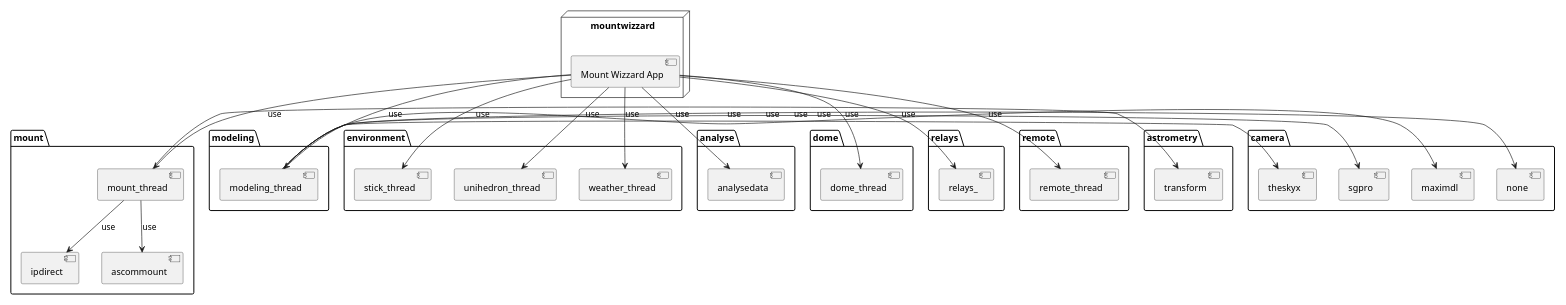
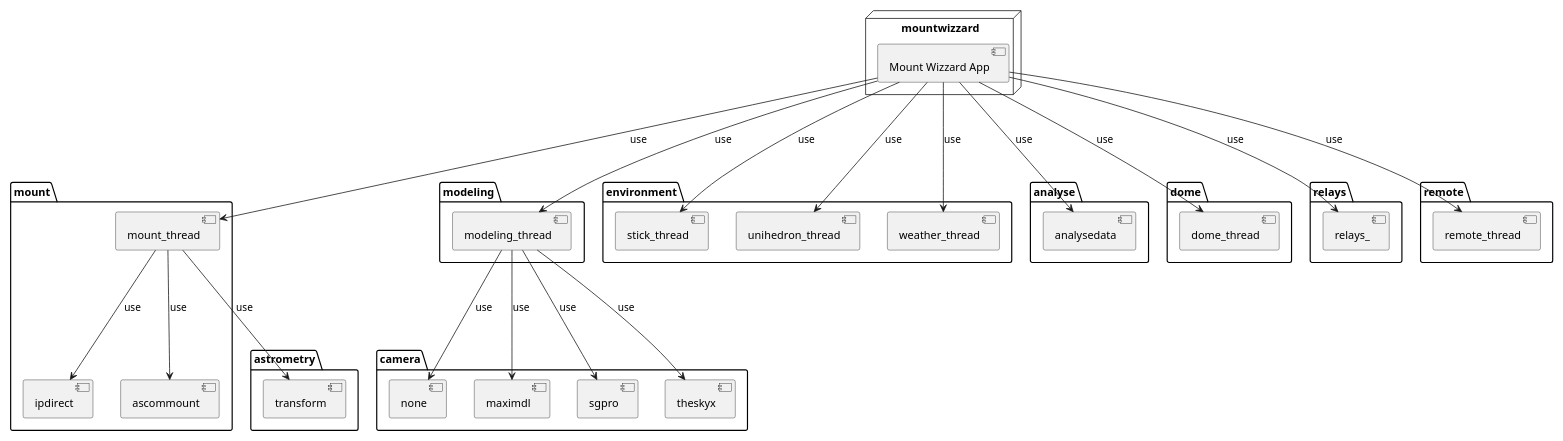
One commit to sayitfast/MountWizzard3 changed the diagram in uml/architecture_func.puml. Above: the diagram before and after it, drawn with PlantUML. The commit also changed 1 other file, not shown here.

Commit message:
update uml charts

```diff
--- a/uml/architecture_func.puml
+++ b/uml/architecture_func.puml
@@ -1,71 +1,71 @@
 @startuml
 
 scale max 1536 width
 hide stereotype
 
 node "mountwizzard" {
     [Mount Wizzard App]
 }
 
 package "mount" {
-    [mount_thread] --> [ipdirect] : use
-    [mount_thread] --> [ascommount] : use
+    [mount_thread] ---> [ipdirect] : use
+    [mount_thread] ---> [ascommount] : use
 }
 
 package "astrometry" {
     [transform]
 }
 
 package "modeling" {
     [modeling_thread]
 }
 
 package "environment" {
     [stick_thread]
     [unihedron_thread]
     [weather_thread]
 }
 
 package "camera" {
     [none]
     [maximdl]
     [sgpro]
     [theskyx]
 }
 
 package "analyse" {
     [analysedata]
 }
 
 package "dome" {
     [dome_thread]
 }
 
 package "relays" {
     [relays_]
 }
 
 package "remote" {
     [remote_thread]
 }
 
-[Mount Wizzard App] --> [mount_thread] : use
-[Mount Wizzard App] --> [stick_thread] : use
-[Mount Wizzard App] --> [weather_thread] : use
-[Mount Wizzard App] --> [unihedron_thread] : use
-[Mount Wizzard App] --> [modeling_thread] : use
-[Mount Wizzard App] --> [remote_thread] : use
-[Mount Wizzard App] --> [dome_thread] : use
-[Mount Wizzard App] --> [relays_] : use
-[Mount Wizzard App] --> [analysedata] : use
+[Mount Wizzard App] ---> [mount_thread] : use
+[Mount Wizzard App] ---> [stick_thread] : use
+[Mount Wizzard App] ---> [weather_thread] : use
+[Mount Wizzard App] ---> [unihedron_thread] : use
+[Mount Wizzard App] ---> [modeling_thread] : use
+[Mount Wizzard App] ---> [remote_thread] : use
+[Mount Wizzard App] ---> [dome_thread] : use
+[Mount Wizzard App] ---> [relays_] : use
+[Mount Wizzard App] ---> [analysedata] : use
 
-[mount_thread] -> [transform]
+[mount_thread] ---> [transform] : use
 
-[modeling_thread] -> [none] : use
-[modeling_thread] -> [maximdl] : use
-[modeling_thread] -> [sgpro] : use
-[modeling_thread] -> [theskyx] : use
+[modeling_thread] ---> [none] : use
+[modeling_thread] ---> [maximdl] : use
+[modeling_thread] ---> [sgpro] : use
+[modeling_thread] ---> [theskyx] : use
 
 
 
 @enduml
```
